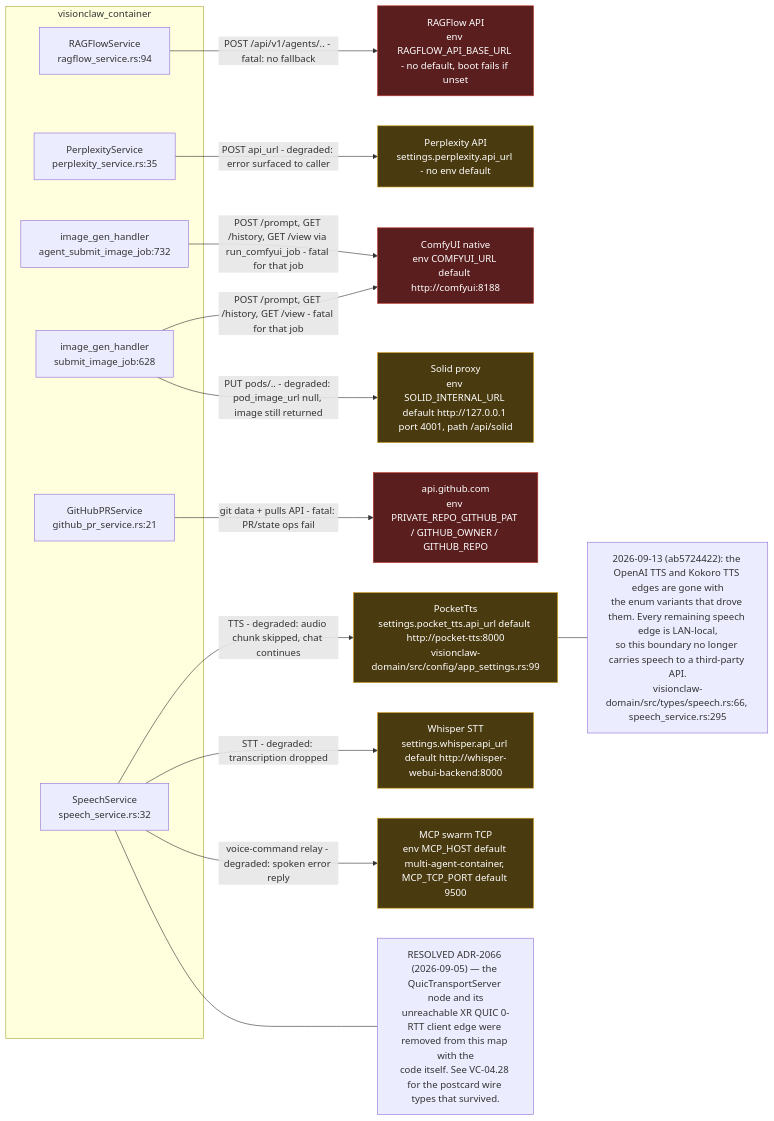
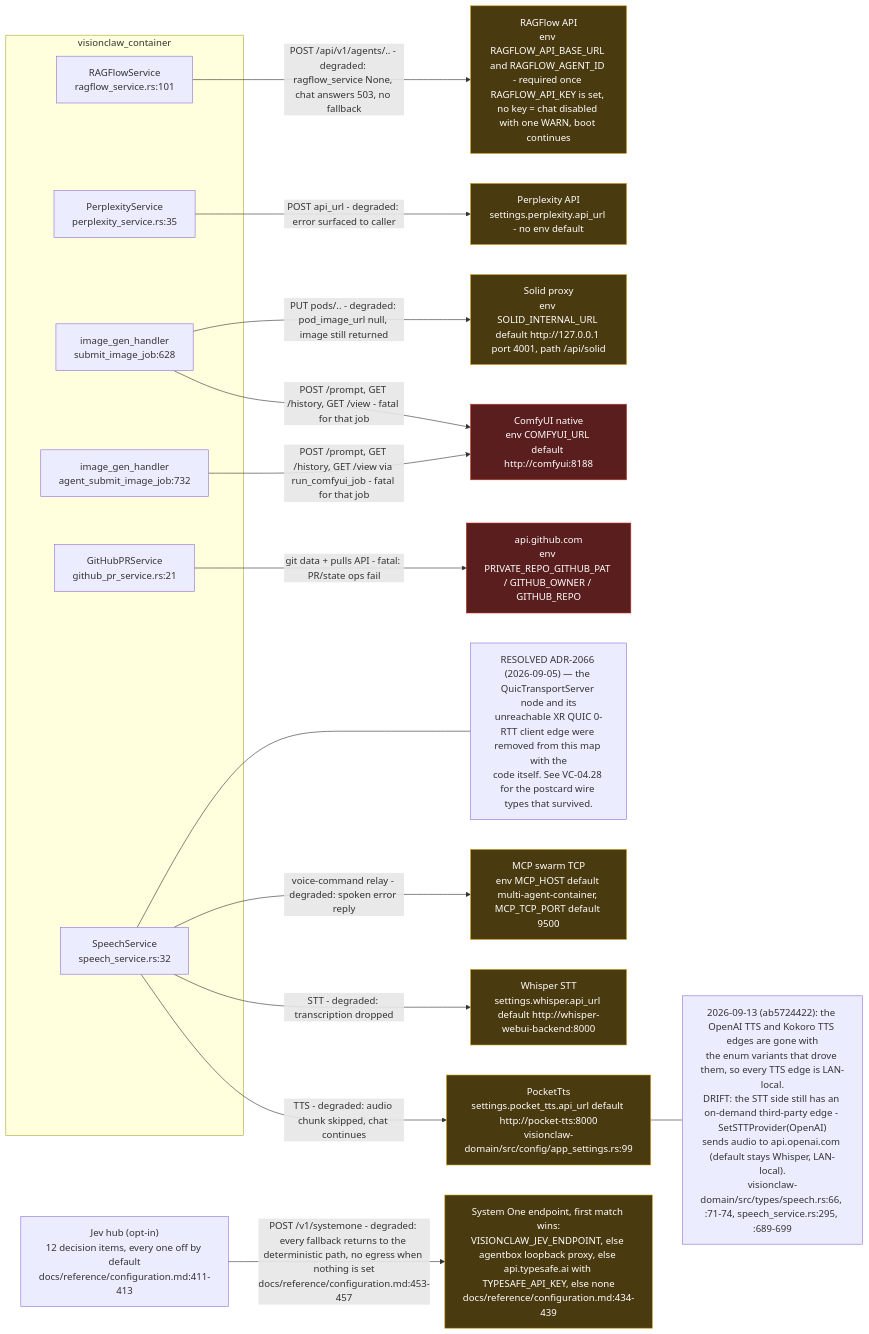
One commit to DreamLab-AI/VisionFlow changed the eighth of 8 diagrams in docs/diagrams/visionclaw/28-external-services.md. Above: the diagram before and after it, drawn with Mermaid. The commit also changed other lines of this file and 160 other files, not shown here.

````diff
--- a/docs/diagrams/visionclaw/28-external-services.md
+++ b/docs/diagrams/visionclaw/28-external-services.md
@@ -372,40 +377,43 @@
 ```mermaid
 flowchart LR
     subgraph app["visionclaw_container"]
-        RS["RAGFlowService<br/>ragflow_service.rs:94"]
+        RS["RAGFlowService<br/>ragflow_service.rs:101"]
         PS["PerplexityService<br/>perplexity_service.rs:35"]
         IG["image_gen_handler<br/>submit_image_job:628"]
         AG["image_gen_handler<br/>agent_submit_image_job:732"]
         GH["GitHubPRService<br/>github_pr_service.rs:21"]
         SS["SpeechService<br/>speech_service.rs:32"]
     end
 
-    RF["RAGFlow API<br/>env RAGFLOW_API_BASE_URL - no default, boot fails if unset"]
+    RF["RAGFlow API<br/>env RAGFLOW_API_BASE_URL and RAGFLOW_AGENT_ID - required once RAGFLOW_API_KEY is set, no key = chat disabled with one WARN, boot continues"]
     PX["Perplexity API<br/>settings.perplexity.api_url - no env default"]
     CFU["ComfyUI native<br/>env COMFYUI_URL default http://comfyui:8188"]
     SOL["Solid proxy<br/>env SOLID_INTERNAL_URL default http://127.0.0.1 port 4001, path /api/solid"]
     GHA["api.github.com<br/>env PRIVATE_REPO_GITHUB_PAT / GITHUB_OWNER / GITHUB_REPO"]
     PT["PocketTts<br/>settings.pocket_tts.api_url default http://pocket-tts:8000<br/>visionclaw-domain/src/config/app_settings.rs:99"]
     WHI["Whisper STT<br/>settings.whisper.api_url default http://whisper-webui-backend:8000"]
     MCPS["MCP swarm TCP<br/>env MCP_HOST default multi-agent-container, MCP_TCP_PORT default 9500"]
 
-    RS -->|"POST /api/v1/agents/.. - fatal: no fallback"| RF
+    RS -->|"POST /api/v1/agents/.. - degraded: ragflow_service None, chat answers 503, no fallback"| RF
     PS -->|"POST api_url - degraded: error surfaced to caller"| PX
     IG -->|"POST /prompt, GET /history, GET /view - fatal for that job"| CFU
     AG -->|"POST /prompt, GET /history, GET /view via run_comfyui_job - fatal for that job"| CFU
     IG -->|"PUT pods/.. - degraded: pod_image_url null, image still returned"| SOL
     GH -->|"git data + pulls API - fatal: PR/state ops fail"| GHA
     SS -->|"TTS - degraded: audio chunk skipped, chat continues"| PT
     SS -->|"STT - degraded: transcription dropped"| WHI
     SS -->|"voice-command relay - degraded: spoken error reply"| MCPS
+    JV["Jev hub (opt-in)<br/>12 decision items, every one off by default<br/>docs/reference/configuration.md:411-413"]
+    JEP["System One endpoint, first match wins:<br/>VISIONCLAW_JEV_ENDPOINT, else agentbox loopback proxy, else api.typesafe.ai with TYPESAFE_API_KEY, else none<br/>docs/reference/configuration.md:434-439"]
+    JV -->|"POST /v1/systemone - degraded: every fallback returns to the deterministic path, no egress when nothing is set<br/>docs/reference/configuration.md:453-457"| JEP
 
     N1["RESOLVED ADR-2066 (2026-09-05) — the QuicTransportServer node and its<br/>unreachable XR QUIC 0-RTT client edge were removed from this map with the<br/>code itself. See VC-04.28 for the postcard wire types that survived."]
     SS --- N1
-    N2["2026-09-13 (ab5724422): the OpenAI TTS and Kokoro TTS edges are gone with<br/>the enum variants that drove them. Every remaining speech edge is LAN-local,<br/>so this boundary no longer carries speech to a third-party API.<br/>visionclaw-domain/src/types/speech.rs:66, speech_service.rs:295"]
+    N2["2026-09-13 (ab5724422): the OpenAI TTS and Kokoro TTS edges are gone with<br/>the enum variants that drove them, so every TTS edge is LAN-local.<br/>DRIFT: the STT side still has an on-demand third-party edge - SetSTTProvider(OpenAI)<br/>sends audio to api.openai.com (default stays Whisper, LAN-local).<br/>visionclaw-domain/src/types/speech.rs:66, :71-74, speech_service.rs:295, :689-699"]
     PT --- N2
 
     classDef fatal fill:#5a1e1e,stroke:#c0392b,color:#fff
     classDef degraded fill:#4a3a10,stroke:#d4a017,color:#fff
-    class RF,GHA,CFU fatal
-    class PX,SOL,PT,WHI,MCPS degraded
+    class GHA,CFU fatal
+    class RF,PX,SOL,PT,WHI,MCPS,JEP degraded
 ```
````
